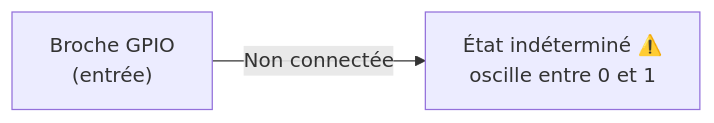
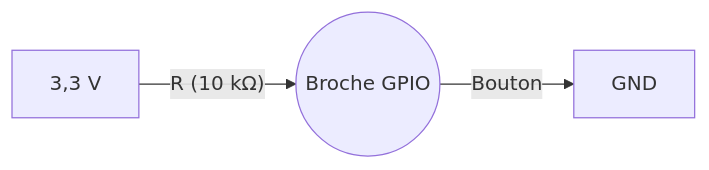
The second of 3 diagrams in _workshops/microcontroleur/concepts/gpio-monde-numerique.md (Makerspace-Amiens/makerspace-doc), drawn with Mermaid before and after one commit. The commit also changed other lines of this file and 5 other files, not shown here.

First line of the commit message:
feat(workshop/microcontroleur): expand architecture and GPIO concepts

````diff
--- a/_workshops/microcontroleur/concepts/gpio-monde-numerique.md
+++ b/_workshops/microcontroleur/concepts/gpio-monde-numerique.md
@@ -71,4 +110,5 @@
 ```mermaid
 graph LR
-  A["Broche GPIO\n(entrée)"] -->|"Non connectée"| B["État indéterminé ⚠️\noscille entre 0 et 1"]
+  V33["3,3 V"] -->|"R (10 kΩ)"| NODE(("Broche GPIO"))
+  NODE -->|"Bouton"| GND["GND"]
 ```
````
